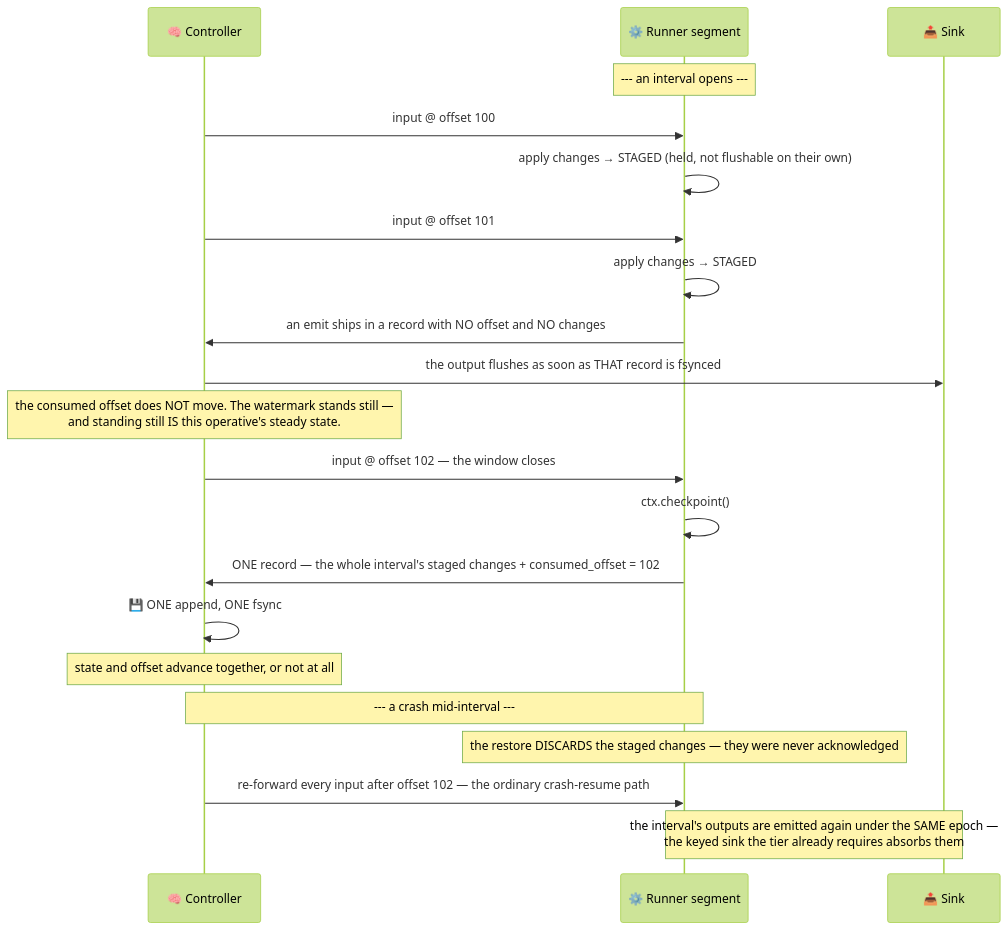
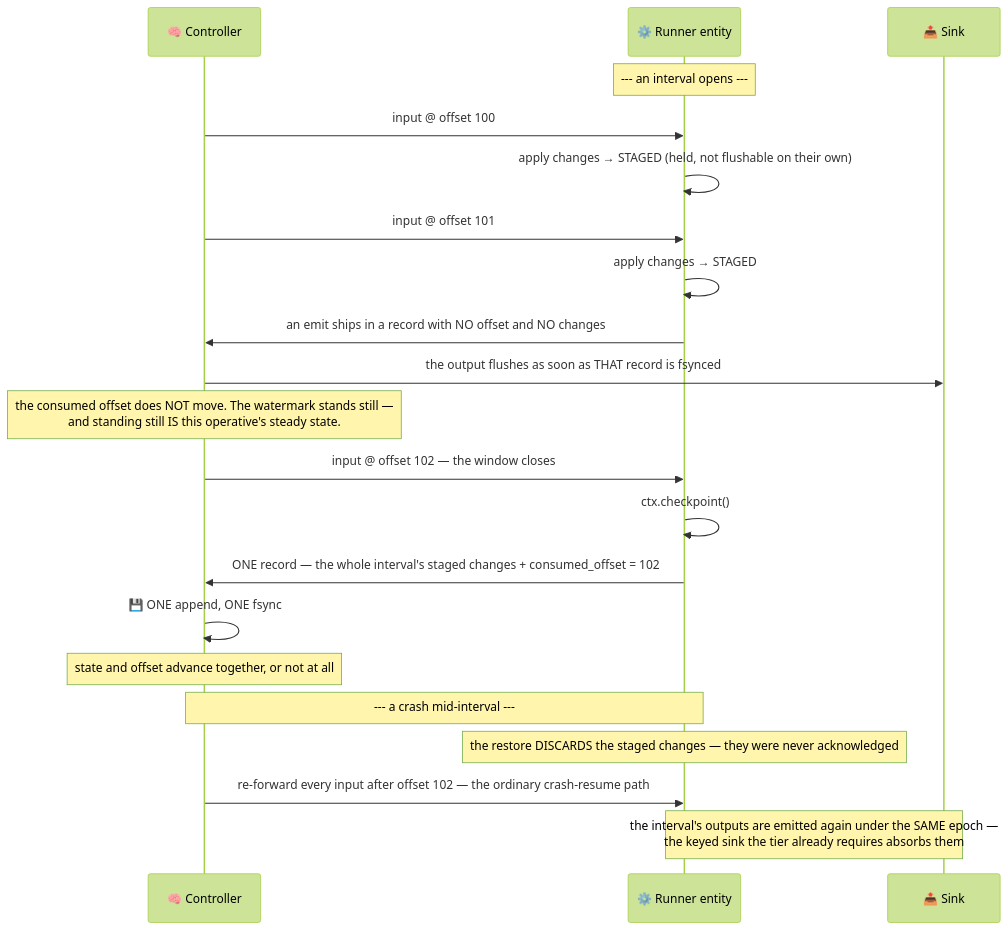
The fourth of 5 diagrams in docs/architecture/unbounded_profile.md (Flezha/flezha), drawn with Mermaid (forest theme) before and after one commit. The commit also changed other lines of this file and 658 other files, not shown here.

````diff
--- a/docs/architecture/unbounded_profile.md
+++ b/docs/architecture/unbounded_profile.md
@@ -156,26 +156,26 @@
 ```mermaid
 sequenceDiagram
     participant CTRL as 🧠 Controller
-    participant EX as ⚙️ Runner segment
+    participant EX as ⚙️ Runner entity
     participant SINK as 📤 Sink
 
     Note over EX: --- an interval opens ---
     CTRL->>EX: input @ offset 100
     EX->>EX: apply changes → STAGED (held, not flushable on their own)
     CTRL->>EX: input @ offset 101
     EX->>EX: apply changes → STAGED
     EX->>CTRL: an emit ships in a record with NO offset and NO changes
     CTRL->>SINK: the output flushes as soon as THAT record is fsynced
     Note over CTRL: the consumed offset does NOT move. The watermark stands still —<br/>and standing still IS this operative's steady state.
 
     CTRL->>EX: input @ offset 102 — the window closes
     EX->>EX: ctx.checkpoint()
     EX->>CTRL: ONE record — the whole interval's staged changes + consumed_offset = 102
     CTRL->>CTRL: 💾 ONE append, ONE fsync
     Note over CTRL: state and offset advance together, or not at all
 
     Note over EX,CTRL: --- a crash mid-interval ---
     Note over EX: the restore DISCARDS the staged changes — they were never acknowledged
     CTRL->>EX: re-forward every input after offset 102 — the ordinary crash-resume path
     Note over EX,SINK: the interval's outputs are emitted again under the SAME epoch —<br/>the keyed sink the tier already requires absorbs them
 ```
````
